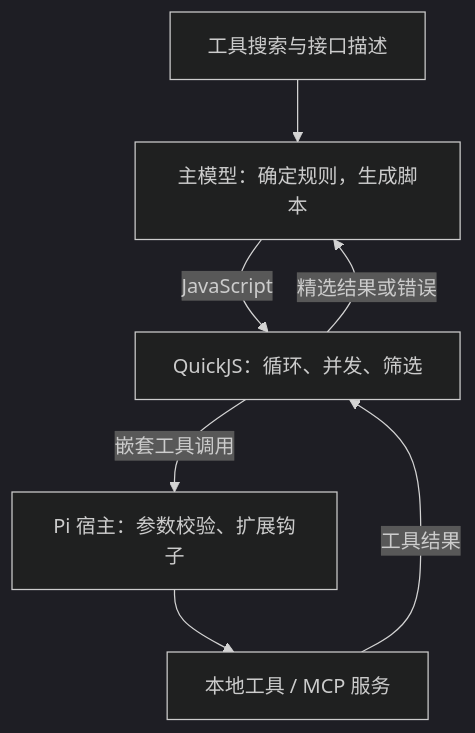
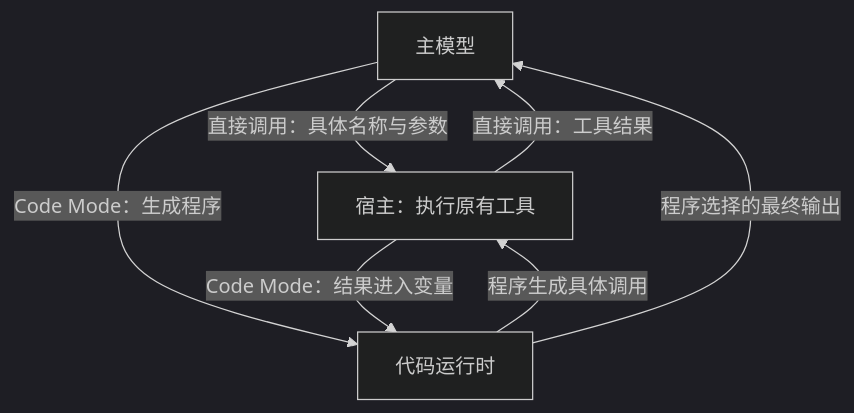
One commit to Nunchakus888/dossierkit changed the diagram in profiles/default/content/zh/notes/pi-codemode-mcp-agent-runtime.mdx. Above: the diagram before and after it, drawn with Mermaid (dark theme). The commit also changed other lines of this file, not shown here.

Commit message:
Update note: 从工具调用到 Code Mode：理解模型与程序的分工

````diff
--- a/profiles/default/content/zh/notes/pi-codemode-mcp-agent-runtime.mdx
+++ b/profiles/default/content/zh/notes/pi-codemode-mcp-agent-runtime.mdx
@@ -51,9 +127,12 @@
 ```mermaid
 flowchart TB
-    D["工具搜索与接口描述"] --> M["主模型：确定规则，生成脚本"]
-    M -->|"JavaScript"| Q["QuickJS：循环、并发、筛选"]
-    Q -->|"嵌套工具调用"| H["Pi 宿主：参数校验、扩展钩子"]
-    H --> T["本地工具 / MCP 服务"]
-    T -->|"工具结果"| Q
-    Q -->|"精选结果或错误"| M
+    M["主模型"]
+    H["宿主：执行原有工具"]
+    R["代码运行时"]
+    M -->|"直接调用：具体名称与参数"| H
+    H -->|"直接调用：工具结果"| M
+    M -->|"Code Mode：生成程序"| R
+    R -->|"程序生成具体调用"| H
+    H -->|"Code Mode：结果进入变量"| R
+    R -->|"程序选择的最终输出"| M
 ```
````
